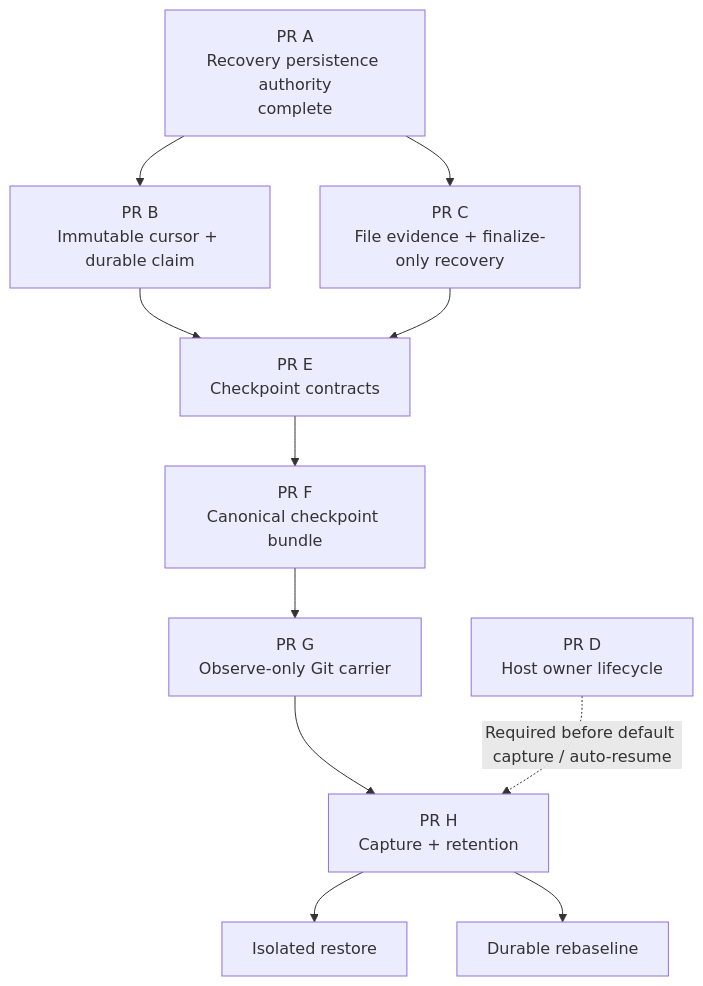
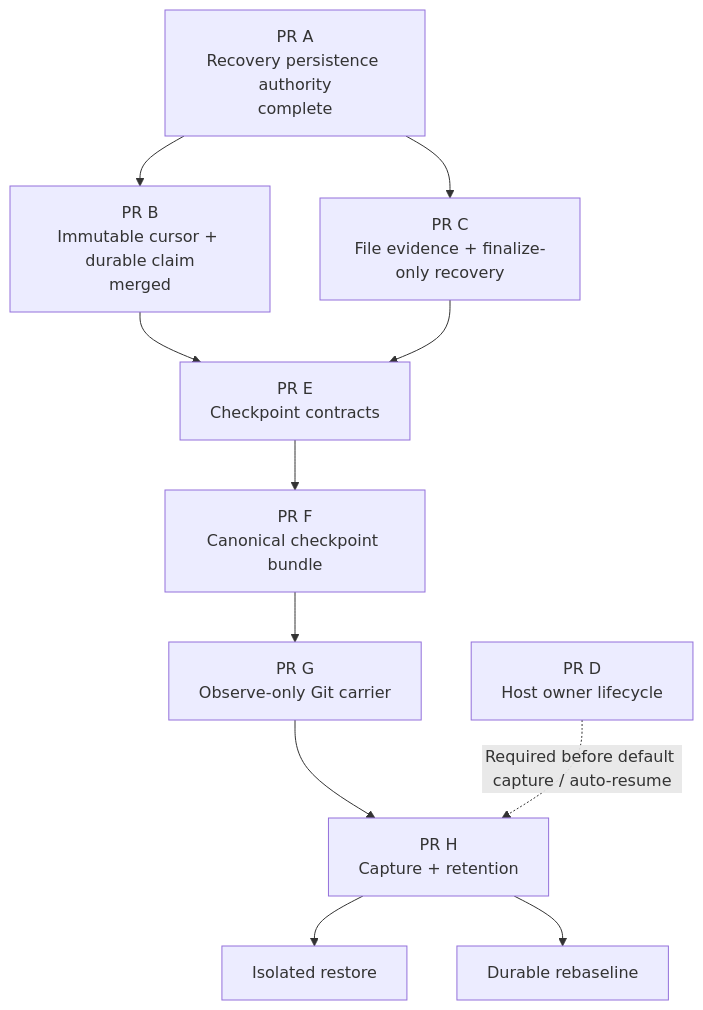
Diagram 13 of 13 in docs/architecture/runtime-resume-architecture.md (apache/maka), drawn with Mermaid before and after one commit. The commit also changed other lines of this file and 6 other files, not shown here.

First line of the commit message:
docs(architecture): verify the recovery and resume docs against main (#3522) (#6038)

````diff
--- a/docs/architecture/runtime-resume-architecture.md
+++ b/docs/architecture/runtime-resume-architecture.md
@@ -847,13 +847,13 @@
 ```mermaid
 flowchart TD
-  A["PR A<br/>Recovery persistence authority<br/>complete"] --> B["PR B<br/>Immutable cursor + durable claim"]
+  A["PR A<br/>Recovery persistence authority<br/>complete"] --> B["PR B<br/>Immutable cursor + durable claim<br/>merged"]
   A --> C["PR C<br/>File evidence + finalize-only recovery"]
   B --> E["PR E<br/>Checkpoint contracts"]
   C --> E
   E --> F["PR F<br/>Canonical checkpoint bundle"]
   F --> G["PR G<br/>Observe-only Git carrier"]
   G --> H["PR H<br/>Capture + retention"]
   H --> Restore["Isolated restore"]
   H --> Rebaseline["Durable rebaseline"]
   D["PR D<br/>Host owner lifecycle"] -. "Required before default capture / auto-resume" .-> H
 ```
````
